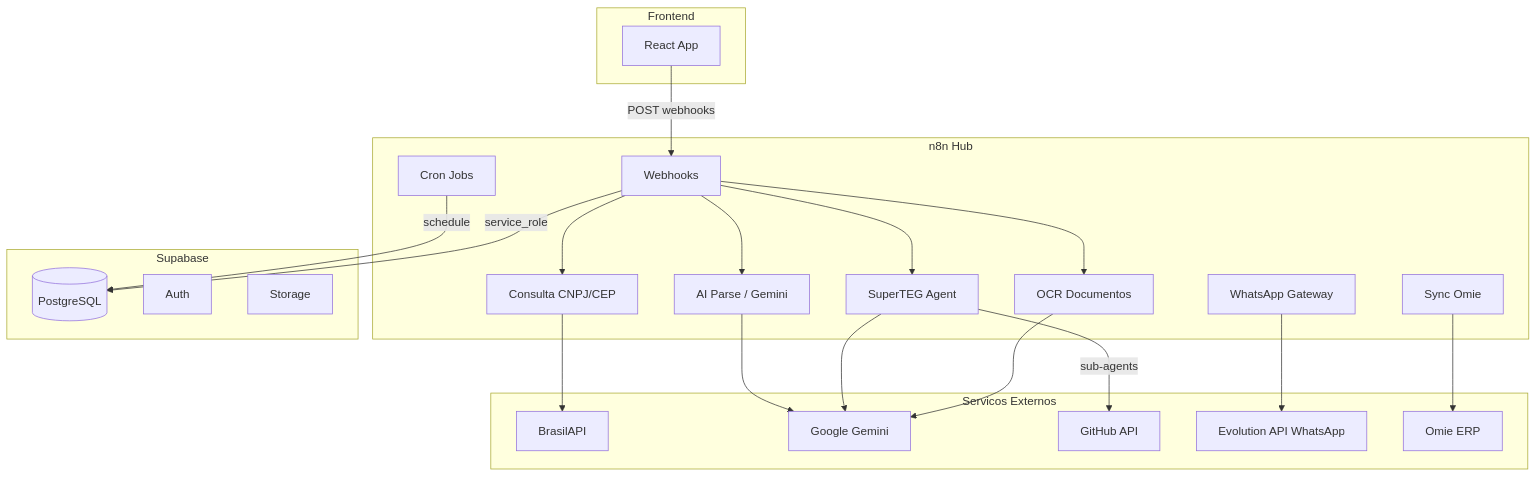
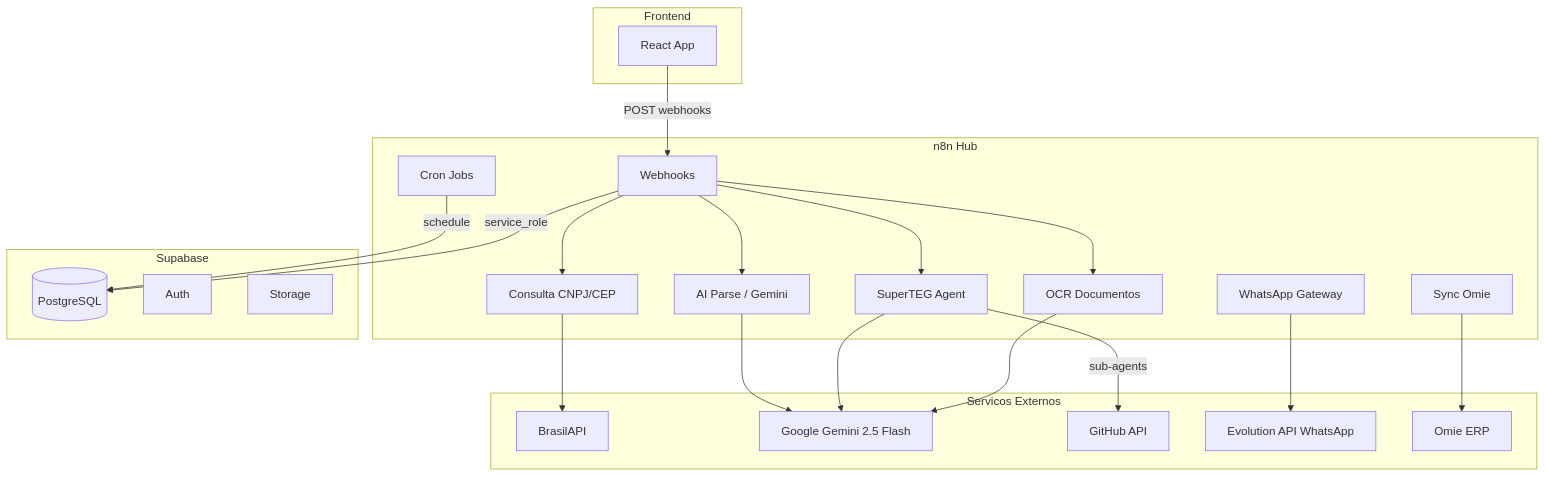
One commit to leandroteg/teg-plus changed the first of 4 diagrams in docs/obsidian/10 - n8n Workflows.md. Above: the diagram before and after it, drawn with Mermaid. The commit also changed other lines of this file and 23 other files, not shown here.

````diff
--- a/docs/obsidian/10 - n8n Workflows.md
+++ b/docs/obsidian/10 - n8n Workflows.md
@@ -24,46 +24,46 @@
 ```mermaid
 graph TB
     subgraph Frontend
         FE[React App]
     end
 
     subgraph n8n Hub
         WH[Webhooks]
         AI[AI Parse / Gemini]
         AGENT[SuperTEG Agent]
         OCR[OCR Documentos]
         CNPJ[Consulta CNPJ/CEP]
         WA[WhatsApp Gateway]
         OMIE[Sync Omie]
         CRON[Cron Jobs]
     end
 
     subgraph Servicos Externos
         BA[BrasilAPI]
-        GEM[Google Gemini]
+        GEM[Google Gemini 2.5 Flash]
         GH[GitHub API]
         EVO[Evolution API WhatsApp]
         OM[Omie ERP]
     end
 
     subgraph Supabase
         DB[(PostgreSQL)]
         AUTH[Auth]
         STOR[Storage]
     end
 
     FE -->|POST webhooks| WH
     WH --> AI
     WH --> AGENT
     WH --> OCR
     WH --> CNPJ
     CNPJ --> BA
     AI --> GEM
     AGENT --> GEM
     OCR --> GEM
     WA --> EVO
     AGENT -->|sub-agents| GH
     OMIE --> OM
     CRON -->|schedule| DB
     WH -->|service_role| DB
 ```
````
